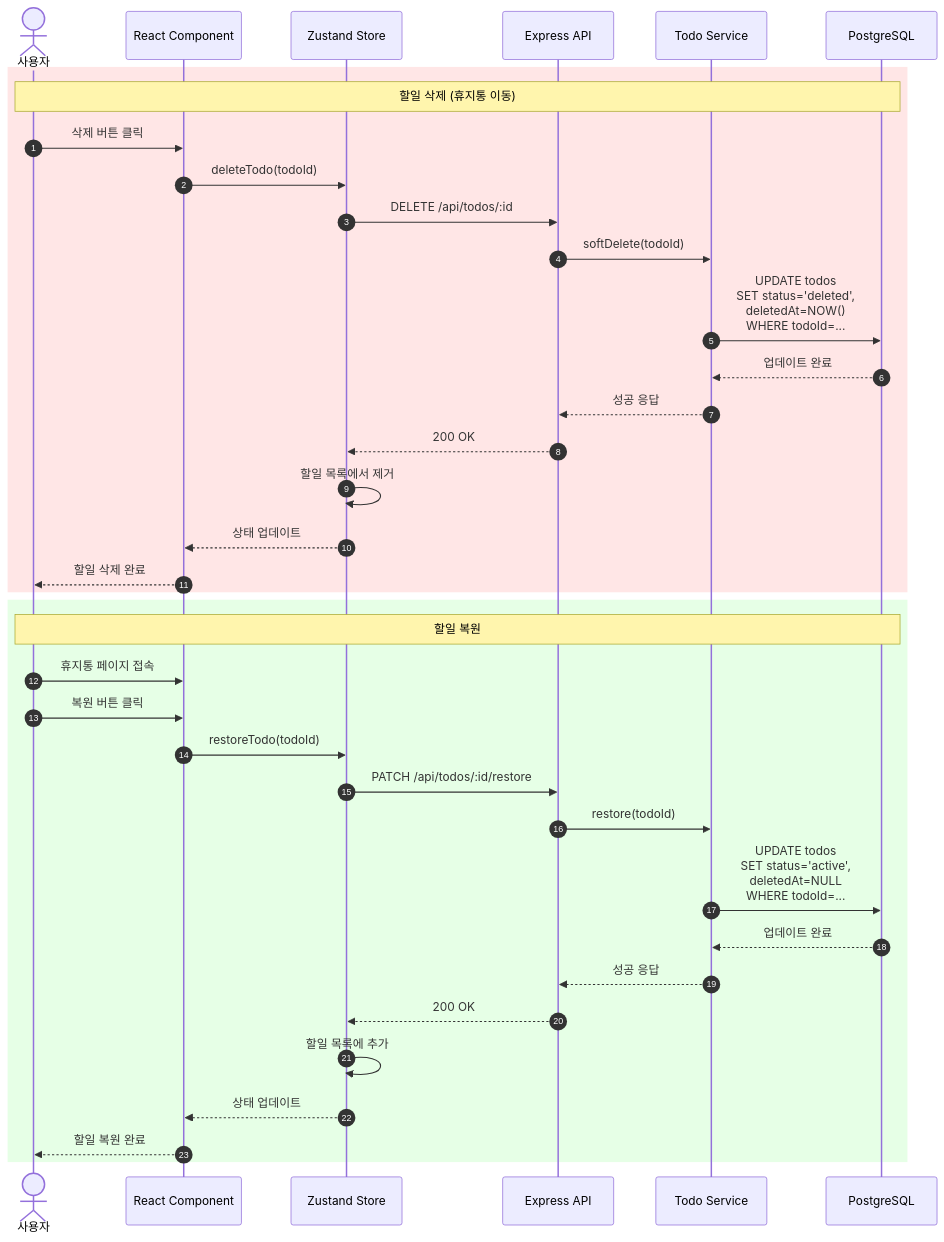
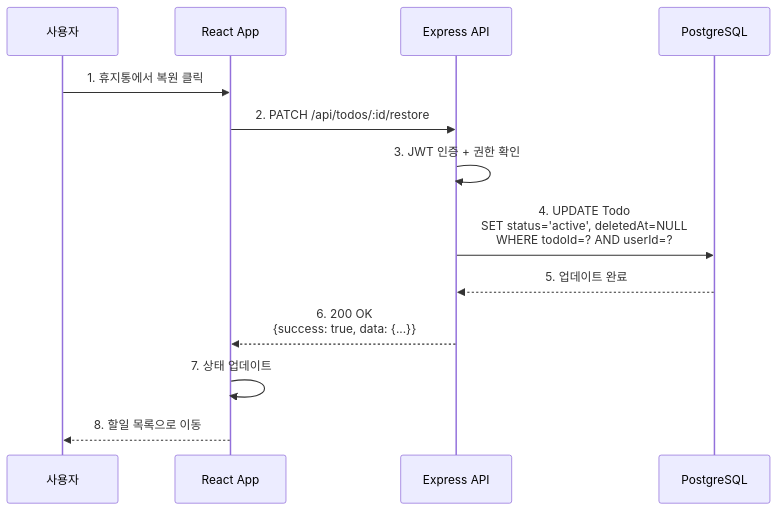
Before and after one commit to zecool/pkt-todolist: the sixth of 7 diagrams in docs/5-arch-diagram.md, drawn with Mermaid. The commit also changed other lines of this file and 91 other files, not shown here.

````diff
--- a/docs/5-arch-diagram.md
+++ b/docs/5-arch-diagram.md
@@ -426,42 +311,16 @@
 ```mermaid
 sequenceDiagram
-    autonumber
-
-    actor User as 사용자
-    participant UI as React Component
-    participant Store as Zustand Store
-    participant API as Express API
-    participant Service as Todo Service
+    participant User as 사용자
+    participant Frontend as React App
+    participant Backend as Express API
     participant DB as PostgreSQL
 
-    rect rgb(255, 230, 230)
-        Note over User,DB: 할일 삭제 (휴지통 이동)
-        User->>UI: 삭제 버튼 클릭
-        UI->>Store: deleteTodo(todoId)
-        Store->>API: DELETE /api/todos/:id
-        API->>Service: softDelete(todoId)
-        Service->>DB: UPDATE todos<br/>SET status='deleted',<br/>deletedAt=NOW()<br/>WHERE todoId=...
-        DB-->>Service: 업데이트 완료
-        Service-->>API: 성공 응답
-        API-->>Store: 200 OK
-        Store->>Store: 할일 목록에서 제거
-        Store-->>UI: 상태 업데이트
-        UI-->>User: 할일 삭제 완료
-    end
-
-    rect rgb(230, 255, 230)
-        Note over User,DB: 할일 복원
-        User->>UI: 휴지통 페이지 접속
-        User->>UI: 복원 버튼 클릭
-        UI->>Store: restoreTodo(todoId)
-        Store->>API: PATCH /api/todos/:id/restore
-        API->>Service: restore(todoId)
-        Service->>DB: UPDATE todos<br/>SET status='active',<br/>deletedAt=NULL<br/>WHERE todoId=...
-        DB-->>Service: 업데이트 완료
-        Service-->>API: 성공 응답
-        API-->>Store: 200 OK
-        Store->>Store: 할일 목록에 추가
-        Store-->>UI: 상태 업데이트
-        UI-->>User: 할일 복원 완료
-    end
+    User->>Frontend: 1. 휴지통에서 복원 클릭
+    Frontend->>Backend: 2. PATCH /api/todos/:id/restore
+    Backend->>Backend: 3. JWT 인증 + 권한 확인
+    Backend->>DB: 4. UPDATE Todo<br/>SET status='active', deletedAt=NULL<br/>WHERE todoId=? AND userId=?
+    DB-->>Backend: 5. 업데이트 완료
+    Backend-->>Frontend: 6. 200 OK<br/>{success: true, data: {...}}
+    Frontend->>Frontend: 7. 상태 업데이트
+    Frontend-->>User: 8. 할일 목록으로 이동
 ```
````
